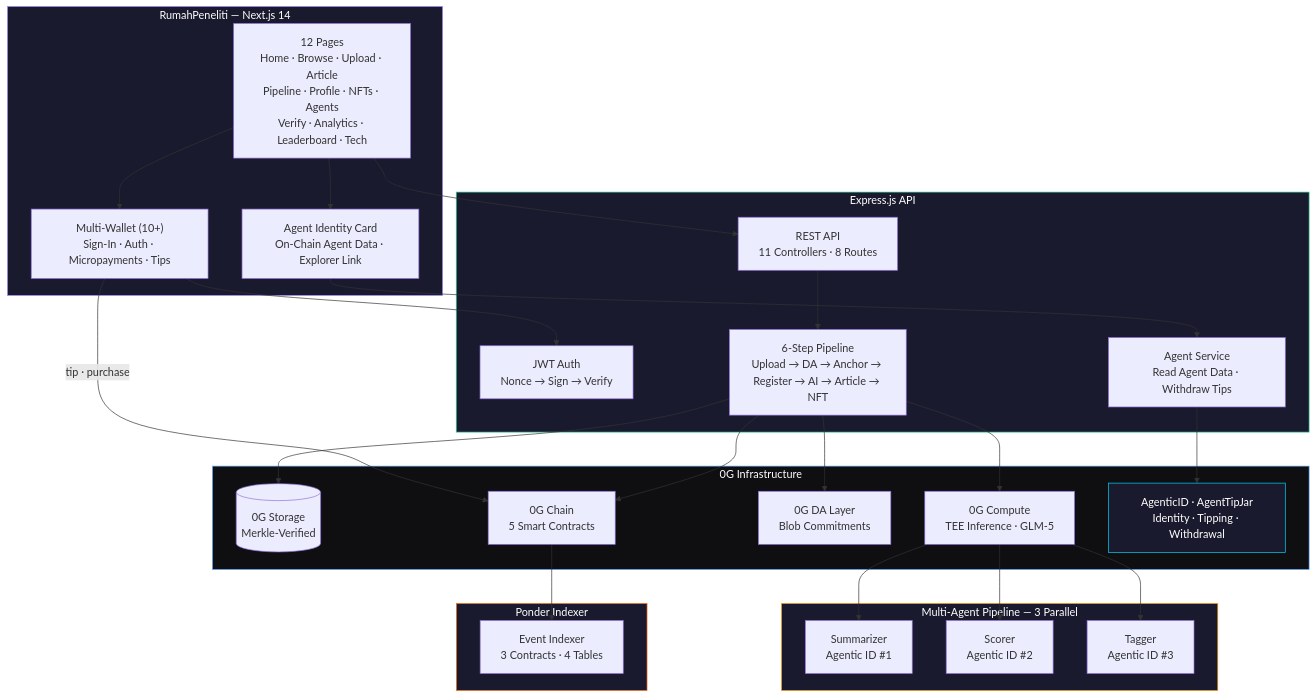
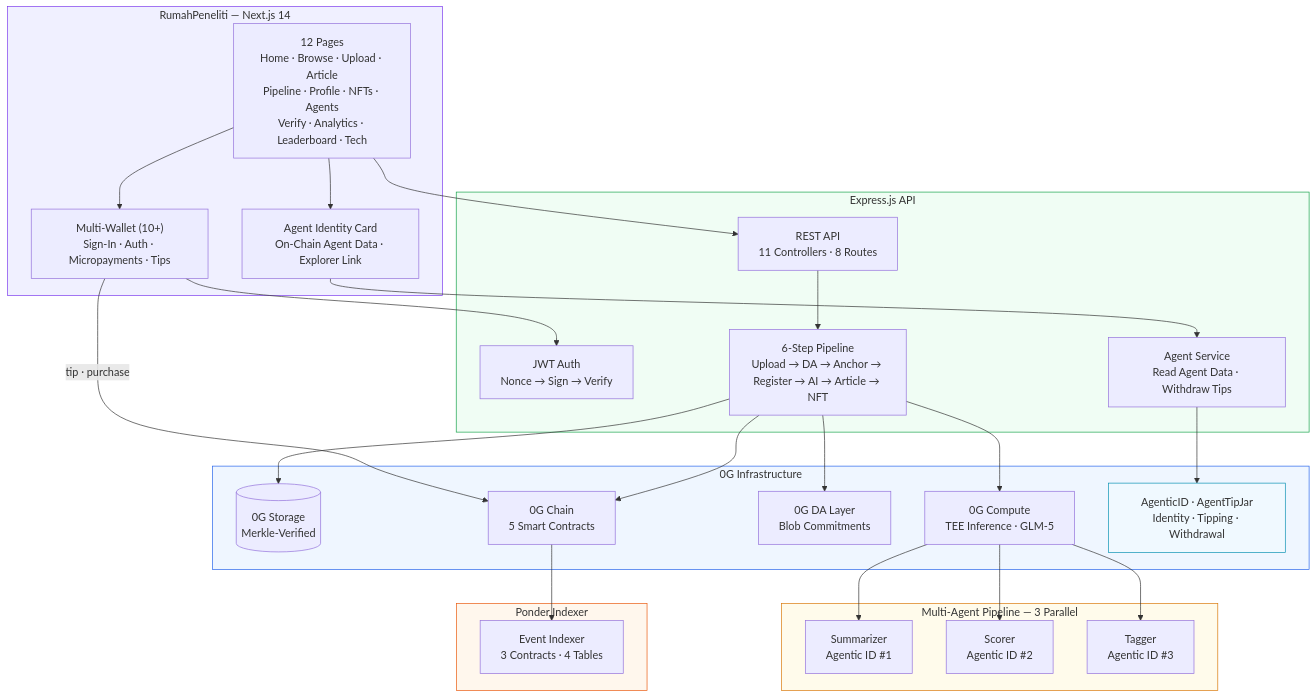
One commit to dwlpra/rumah-peneliti changed the first of 5 diagrams in README.md. Above: the diagram before and after it, drawn with Mermaid. The commit also changed other lines of this file, not shown here.

Commit message:
docs: mermaid diagrams — light theme colors for readability

````diff
--- a/README.md
+++ b/README.md
@@ -169,57 +169,57 @@
 ```mermaid
 graph TB
     subgraph Frontend["RumahPeneliti — Next.js 14"]
         UI["12 Pages<br/>Home · Browse · Upload · Article<br/>Pipeline · Profile · NFTs · Agents<br/>Verify · Analytics · Leaderboard · Tech"]
         Wallet["Multi-Wallet (10+)<br/>Sign-In · Auth · Micropayments · Tips"]
         AgentUI["Agent Identity Card<br/>On-Chain Agent Data · Explorer Link"]
     end
 
     subgraph Backend["Express.js API"]
         API["REST API<br/>11 Controllers · 8 Routes"]
         Auth["JWT Auth<br/>Nonce → Sign → Verify"]
         Pipeline["6-Step Pipeline<br/>Upload → DA → Anchor → Register → AI → Article → NFT"]
         AgentSvc["Agent Service<br/>Read Agent Data · Withdraw Tips"]
     end
 
     subgraph AI["Multi-Agent Pipeline — 3 Parallel"]
         Summarizer["Summarizer<br/>Agentic ID #1"]
         Scorer["Scorer<br/>Agentic ID #2"]
         Tagger["Tagger<br/>Agentic ID #3"]
     end
 
     subgraph ZeroG["0G Infrastructure"]
         Storage[("0G Storage<br/>Merkle-Verified")]
         Compute["0G Compute<br/>TEE Inference · GLM-5"]
         DA["0G DA Layer<br/>Blob Commitments"]
         Chain["0G Chain<br/>5 Smart Contracts"]
         AgenticID["AgenticID · AgentTipJar<br/>Identity · Tipping · Withdrawal"]
     end
 
     subgraph Indexer["Ponder Indexer"]
         Ponder["Event Indexer<br/>3 Contracts · 4 Tables"]
     end
 
     UI --> Wallet
     UI --> API
     UI --> AgentUI
     AgentUI --> AgentSvc
     AgentSvc --> AgenticID
     Wallet --> Auth
     Wallet -->|"tip · purchase"| Chain
     API --> Pipeline
     Pipeline --> Storage
     Pipeline --> DA
     Pipeline --> Chain
     Pipeline --> Compute
     Compute --> Summarizer
     Compute --> Scorer
     Compute --> Tagger
     Chain --> Ponder
 
-    style Frontend fill:#1a1a2e,stroke:#a78bfa,color:#fff
-    style Backend fill:#1a1a2e,stroke:#34d399,color:#fff
-    style AI fill:#1a1a2e,stroke:#f59e0b,color:#fff
-    style ZeroG fill:#0f0f12,stroke:#60a5fa,color:#fff
-    style Indexer fill:#1a1a2e,stroke:#f97316,color:#fff
-    style AgenticID fill:#1a1a2e,stroke:#00d4ff,color:#fff
+    style Frontend fill:#f0f0ff,stroke:#7c3aed,color:#333
+    style Backend fill:#f0fdf4,stroke:#16a34a,color:#333
+    style AI fill:#fffbeb,stroke:#d97706,color:#333
+    style ZeroG fill:#eff6ff,stroke:#2563eb,color:#333
+    style Indexer fill:#fff7ed,stroke:#ea580c,color:#333
+    style AgenticID fill:#f0f9ff,stroke:#0891b2,color:#333
 ```
````
